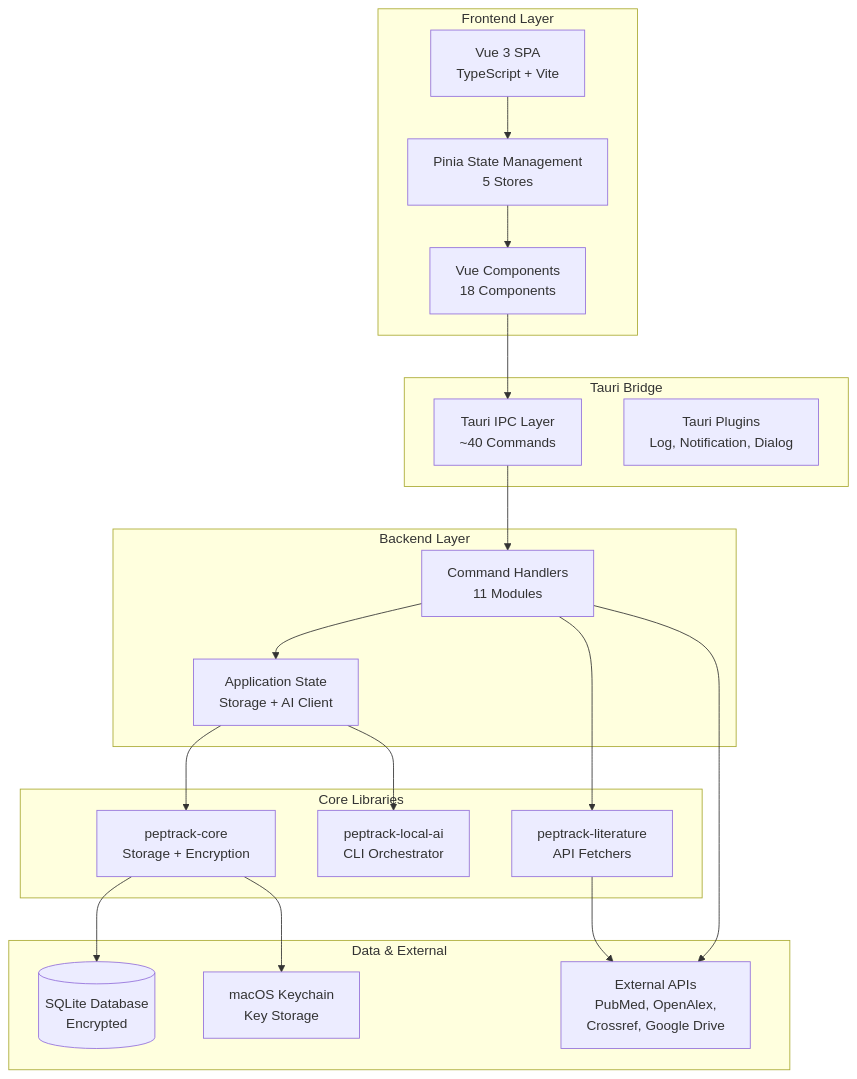
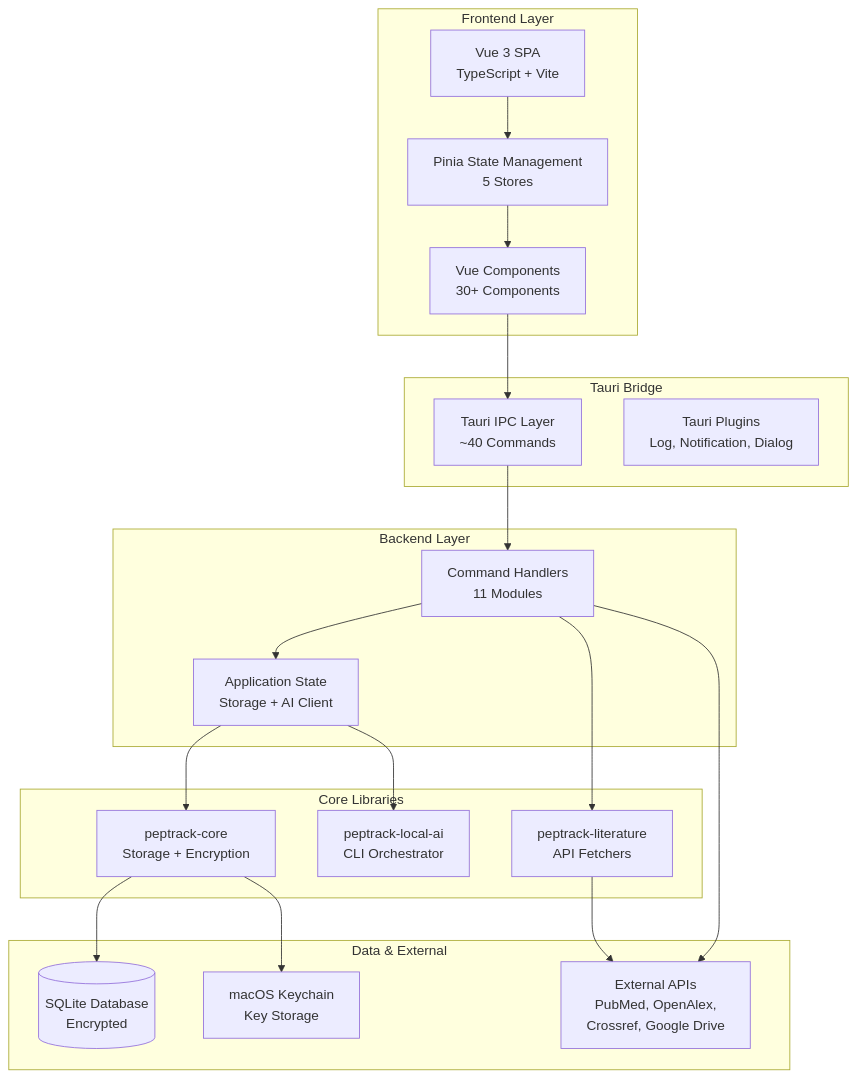
The first of 3 diagrams in README.md (cboyd0319/PepTrack), drawn with Mermaid before and after one commit. The commit also changed other lines of this file and 6 other files, not shown here.

````diff
--- a/README.md
+++ b/README.md
@@ -35,43 +55,43 @@
 ```mermaid
 graph TB
     subgraph "Frontend Layer"
         Vue[Vue 3 SPA<br/>TypeScript + Vite]
         Pinia[Pinia State Management<br/>5 Stores]
-        Components[Vue Components<br/>18 Components]
+        Components[Vue Components<br/>30+ Components]
     end
 
     subgraph "Tauri Bridge"
         IPC[Tauri IPC Layer<br/>~40 Commands]
         Plugins[Tauri Plugins<br/>Log, Notification, Dialog]
     end
 
     subgraph "Backend Layer"
         Commands[Command Handlers<br/>11 Modules]
         AppState[Application State<br/>Storage + AI Client]
     end
 
     subgraph "Core Libraries"
         Core[peptrack-core<br/>Storage + Encryption]
         LocalAI[peptrack-local-ai<br/>CLI Orchestrator]
         Literature[peptrack-literature<br/>API Fetchers]
     end
 
     subgraph "Data & External"
         SQLite[(SQLite Database<br/>Encrypted)]
         Keychain[macOS Keychain<br/>Key Storage]
         APIs[External APIs<br/>PubMed, OpenAlex,<br/>Crossref, Google Drive]
     end
 
     Vue --> Pinia
     Pinia --> Components
     Components --> IPC
     IPC --> Commands
     Commands --> AppState
     AppState --> Core
     AppState --> LocalAI
     Commands --> Literature
     Core --> SQLite
     Core --> Keychain
     Literature --> APIs
     Commands --> APIs
 ```
````
